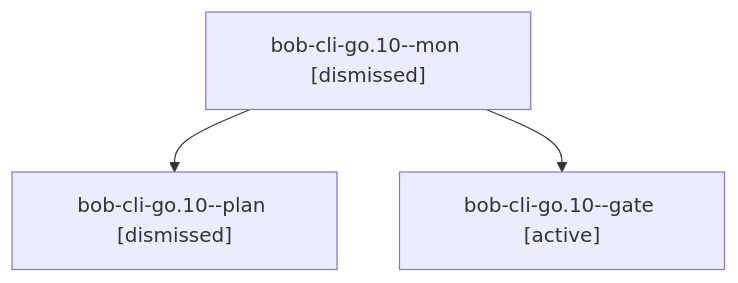
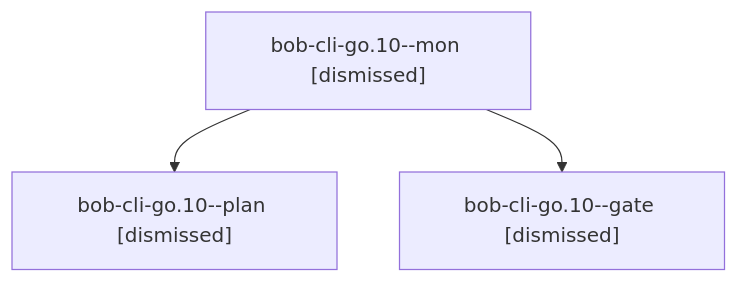
One commit to bobs-org/bob-cli--agents changed the diagram in sessions/bbugyi200.apollo.bob-cli-go.10.md. Above: the diagram before and after it, drawn with Mermaid. The commit also changed other lines of this file and 222 other files, not shown here.

````diff
--- a/sessions/bbugyi200.apollo.bob-cli-go.10.md
+++ b/sessions/bbugyi200.apollo.bob-cli-go.10.md
@@ -9,8 +9,8 @@
 ```mermaid
 flowchart TD
   n0["bob-cli-go.10--mon [dismissed]"]
   n1["bob-cli-go.10--plan [dismissed]"]
   n0 --> n1
-  n2["bob-cli-go.10--gate [active]"]
+  n2["bob-cli-go.10--gate [dismissed]"]
   n0 --> n2
 ```
````
